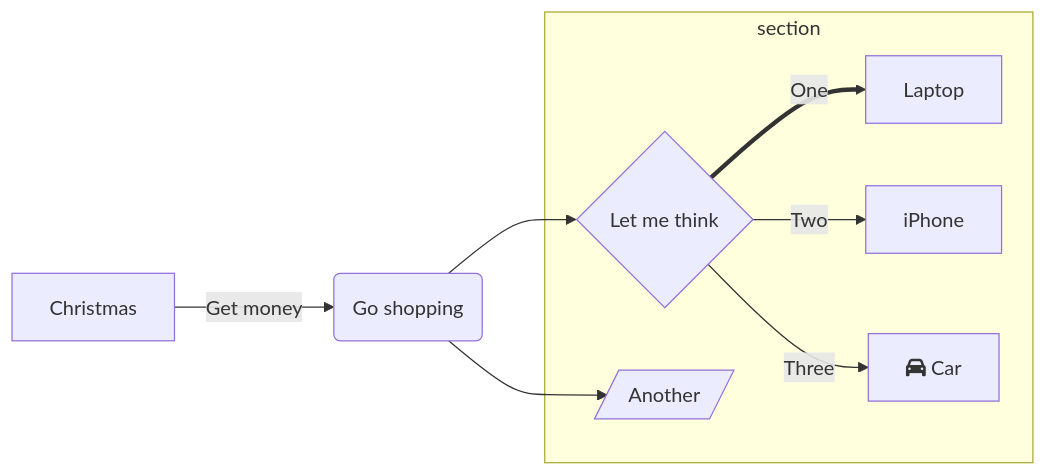
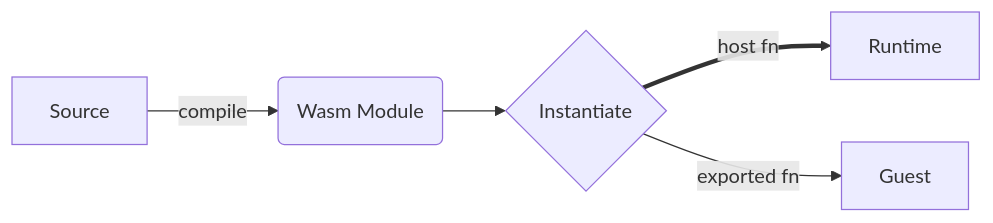
The first of 2 diagrams in example.md (elct9620/slidev-theme-terraforming), drawn with Mermaid before and after one commit. The commit also changed other lines of this file and 27 other files, not shown here.

````diff
--- a/example.md
+++ b/example.md
@@ -63,16 +267,7 @@
 ```mermaid
 graph LR
-          A[Christmas] -->|Get money| B(Go shopping)
-          B --> C{Let me think}
-          B --> G[/Another/]
-          C ==>|One| D[Laptop]
-          C -->|Two| E[iPhone]
-          C -->|Three| F[fa:fa-car Car]
-          subgraph section
-            C
-            D
-            E
-            F
-            G
-          end
+  A[Source] -->|compile| B(Wasm Module)
+  B --> C{Instantiate}
+  C ==>|host fn| D[Runtime]
+  C -->|exported fn| E[Guest]
 ```
````
